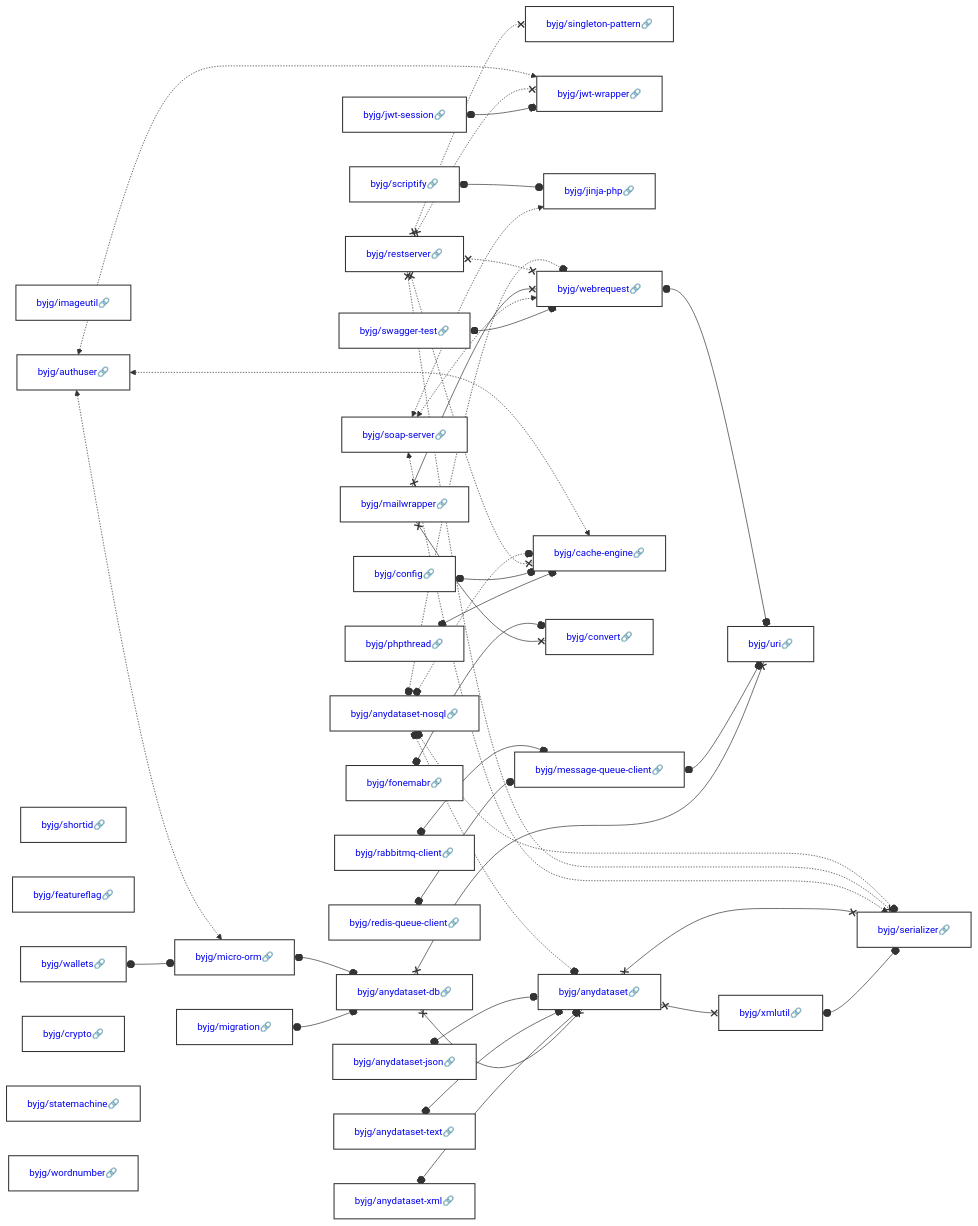
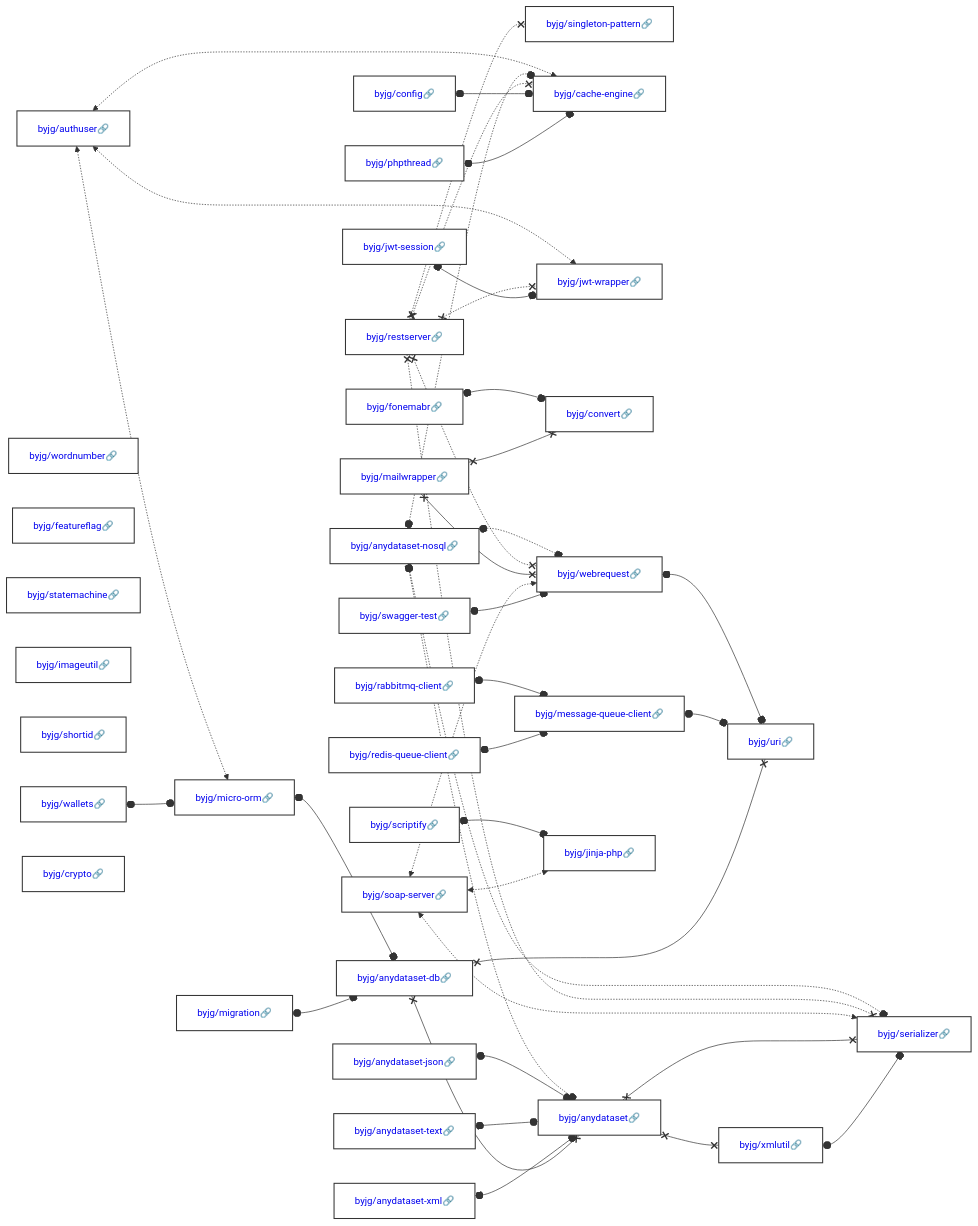
The diagram in docs/php/README.md (byjg/byjg.github.io), drawn with Mermaid before and after one commit. The commit also changed other lines of this file, not shown here.

Commit message:
Update documentation 'php' 'php-serializer'

````diff
--- a/docs/php/README.md
+++ b/docs/php/README.md
@@ -3,37 +3,37 @@
 ```mermaid
 graph LR;
+  byjg/anydataset-nosql[<a href='https://opensource.byjg.com/docs/php/anydataset-nosql' style='text-decoration:none'>byjg/anydataset-nosql🔗</a>];
+  byjg/redis-queue-client[<a href='https://opensource.byjg.com/docs/php/redis-queue-client' style='text-decoration:none'>byjg/redis-queue-client🔗</a>];
+  byjg/config[<a href='https://opensource.byjg.com/docs/php/config' style='text-decoration:none'>byjg/config🔗</a>];
+  byjg/authuser[<a href='https://opensource.byjg.com/docs/php/authuser' style='text-decoration:none'>byjg/authuser🔗</a>];
+  byjg/wordnumber[<a href='https://opensource.byjg.com/docs/php/wordnumber' style='text-decoration:none'>byjg/wordnumber🔗</a>];
+  byjg/phpthread[<a href='https://opensource.byjg.com/docs/php/phpthread' style='text-decoration:none'>byjg/phpthread🔗</a>];
+  byjg/anydataset-json[<a href='https://opensource.byjg.com/docs/php/anydataset-json' style='text-decoration:none'>byjg/anydataset-json🔗</a>];
+  byjg/mailwrapper[<a href='https://opensource.byjg.com/docs/php/mailwrapper' style='text-decoration:none'>byjg/mailwrapper🔗</a>];
+  byjg/soap-server[<a href='https://opensource.byjg.com/docs/php/soap-server' style='text-decoration:none'>byjg/soap-server🔗</a>];
+  byjg/jwt-session[<a href='https://opensource.byjg.com/docs/php/jwt-session' style='text-decoration:none'>byjg/jwt-session🔗</a>];
+  byjg/restserver[<a href='https://opensource.byjg.com/docs/php/restserver' style='text-decoration:none'>byjg/restserver🔗</a>];
+  byjg/migration[<a href='https://opensource.byjg.com/docs/php/migration' style='text-decoration:none'>byjg/migration🔗</a>];
+  byjg/fonemabr[<a href='https://opensource.byjg.com/docs/php/fonemabr' style='text-decoration:none'>byjg/fonemabr🔗</a>];
+  byjg/featureflag[<a href='https://opensource.byjg.com/docs/php/featureflag' style='text-decoration:none'>byjg/featureflag🔗</a>];
+  byjg/swagger-test[<a href='https://opensource.byjg.com/docs/php/swagger-test' style='text-decoration:none'>byjg/swagger-test🔗</a>];
+  byjg/statemachine[<a href='https://opensource.byjg.com/docs/php/statemachine' style='text-decoration:none'>byjg/statemachine🔗</a>];
   byjg/imageutil[<a href='https://opensource.byjg.com/docs/php/imageutil' style='text-decoration:none'>byjg/imageutil🔗</a>];
+  byjg/shortid[<a href='https://opensource.byjg.com/docs/php/shortid' style='text-decoration:none'>byjg/shortid🔗</a>];
+  byjg/anydataset-xml[<a href='https://opensource.byjg.com/docs/php/anydataset-xml' style='text-decoration:none'>byjg/anydataset-xml🔗</a>];
   byjg/wallets[<a href='https://opensource.byjg.com/docs/php/wallets' style='text-decoration:none'>byjg/wallets🔗</a>];
-  byjg/jwt-session[<a href='https://opensource.byjg.com/docs/php/jwt-session' style='text-decoration:none'>byjg/jwt-session🔗</a>];
-  byjg/anydataset-xml[<a href='https://opensource.byjg.com/docs/php/anydataset-xml' style='text-decoration:none'>byjg/anydataset-xml🔗</a>];
-  byjg/shortid[<a href='https://opensource.byjg.com/docs/php/shortid' style='text-decoration:none'>byjg/shortid🔗</a>];
-  byjg/featureflag[<a href='https://opensource.byjg.com/docs/php/featureflag' style='text-decoration:none'>byjg/featureflag🔗</a>];
-  byjg/anydataset-nosql[<a href='https://opensource.byjg.com/docs/php/anydataset-nosql' style='text-decoration:none'>byjg/anydataset-nosql🔗</a>];
-  byjg/mailwrapper[<a href='https://opensource.byjg.com/docs/php/mailwrapper' style='text-decoration:none'>byjg/mailwrapper🔗</a>];
-  byjg/authuser[<a href='https://opensource.byjg.com/docs/php/authuser' style='text-decoration:none'>byjg/authuser🔗</a>];
-  byjg/migration[<a href='https://opensource.byjg.com/docs/php/migration' style='text-decoration:none'>byjg/migration🔗</a>];
   byjg/anydataset-text[<a href='https://opensource.byjg.com/docs/php/anydataset-text' style='text-decoration:none'>byjg/anydataset-text🔗</a>];
-  byjg/soap-server[<a href='https://opensource.byjg.com/docs/php/soap-server' style='text-decoration:none'>byjg/soap-server🔗</a>];
-  byjg/phpthread[<a href='https://opensource.byjg.com/docs/php/phpthread' style='text-decoration:none'>byjg/phpthread🔗</a>];
-  byjg/restserver[<a href='https://opensource.byjg.com/docs/php/restserver' style='text-decoration:none'>byjg/restserver🔗</a>];
-  byjg/anydataset-json[<a href='https://opensource.byjg.com/docs/php/anydataset-json' style='text-decoration:none'>byjg/anydataset-json🔗</a>];
+  byjg/crypto[<a href='https://opensource.byjg.com/docs/php/crypto' style='text-decoration:none'>byjg/crypto🔗</a>];
   byjg/rabbitmq-client[<a href='https://opensource.byjg.com/docs/php/rabbitmq-client' style='text-decoration:none'>byjg/rabbitmq-client🔗</a>];
   byjg/scriptify[<a href='https://opensource.byjg.com/docs/php/scriptify' style='text-decoration:none'>byjg/scriptify🔗</a>];
-  byjg/crypto[<a href='https://opensource.byjg.com/docs/php/crypto' style='text-decoration:none'>byjg/crypto🔗</a>];
-  byjg/statemachine[<a href='https://opensource.byjg.com/docs/php/statemachine' style='text-decoration:none'>byjg/statemachine🔗</a>];
-  byjg/redis-queue-client[<a href='https://opensource.byjg.com/docs/php/redis-queue-client' style='text-decoration:none'>byjg/redis-queue-client🔗</a>];
-  byjg/config[<a href='https://opensource.byjg.com/docs/php/config' style='text-decoration:none'>byjg/config🔗</a>];
-  byjg/wordnumber[<a href='https://opensource.byjg.com/docs/php/wordnumber' style='text-decoration:none'>byjg/wordnumber🔗</a>];
-  byjg/fonemabr[<a href='https://opensource.byjg.com/docs/php/fonemabr' style='text-decoration:none'>byjg/fonemabr🔗</a>];
-  byjg/swagger-test[<a href='https://opensource.byjg.com/docs/php/swagger-test' style='text-decoration:none'>byjg/swagger-test🔗</a>];
-  byjg/micro-orm[<a href='https://opensource.byjg.com/docs/php/micro-orm' style='text-decoration:none'>byjg/micro-orm🔗</a>];
   byjg/singleton-pattern[<a href='https://opensource.byjg.com/docs/php/singleton-pattern' style='text-decoration:none'>byjg/singleton-pattern🔗</a>];
+  byjg/cache-engine[<a href='https://opensource.byjg.com/docs/php/cache-engine' style='text-decoration:none'>byjg/cache-engine🔗</a>];
   byjg/jwt-wrapper[<a href='https://opensource.byjg.com/docs/php/jwt-wrapper' style='text-decoration:none'>byjg/jwt-wrapper🔗</a>];
-  byjg/jinja-php[<a href='https://opensource.byjg.com/docs/php/jinja-php' style='text-decoration:none'>byjg/jinja-php🔗</a>];
-  byjg/message-queue-client[<a href='https://opensource.byjg.com/docs/php/message-queue-client' style='text-decoration:none'>byjg/message-queue-client🔗</a>];
-  byjg/cache-engine[<a href='https://opensource.byjg.com/docs/php/cache-engine' style='text-decoration:none'>byjg/cache-engine🔗</a>];
   byjg/convert[<a href='https://opensource.byjg.com/docs/php/convert' style='text-decoration:none'>byjg/convert🔗</a>];
   byjg/webrequest[<a href='https://opensource.byjg.com/docs/php/webrequest' style='text-decoration:none'>byjg/webrequest🔗</a>];
+  byjg/micro-orm[<a href='https://opensource.byjg.com/docs/php/micro-orm' style='text-decoration:none'>byjg/micro-orm🔗</a>];
+  byjg/message-queue-client[<a href='https://opensource.byjg.com/docs/php/message-queue-client' style='text-decoration:none'>byjg/message-queue-client🔗</a>];
+  byjg/jinja-php[<a href='https://opensource.byjg.com/docs/php/jinja-php' style='text-decoration:none'>byjg/jinja-php🔗</a>];
   byjg/anydataset-db[<a href='https://opensource.byjg.com/docs/php/anydataset-db' style='text-decoration:none'>byjg/anydataset-db🔗</a>];
   byjg/anydataset[<a href='https://opensource.byjg.com/docs/php/anydataset' style='text-decoration:none'>byjg/anydataset🔗</a>];
   byjg/uri[<a href='https://opensource.byjg.com/docs/php/uri' style='text-decoration:none'>byjg/uri🔗</a>];
````
